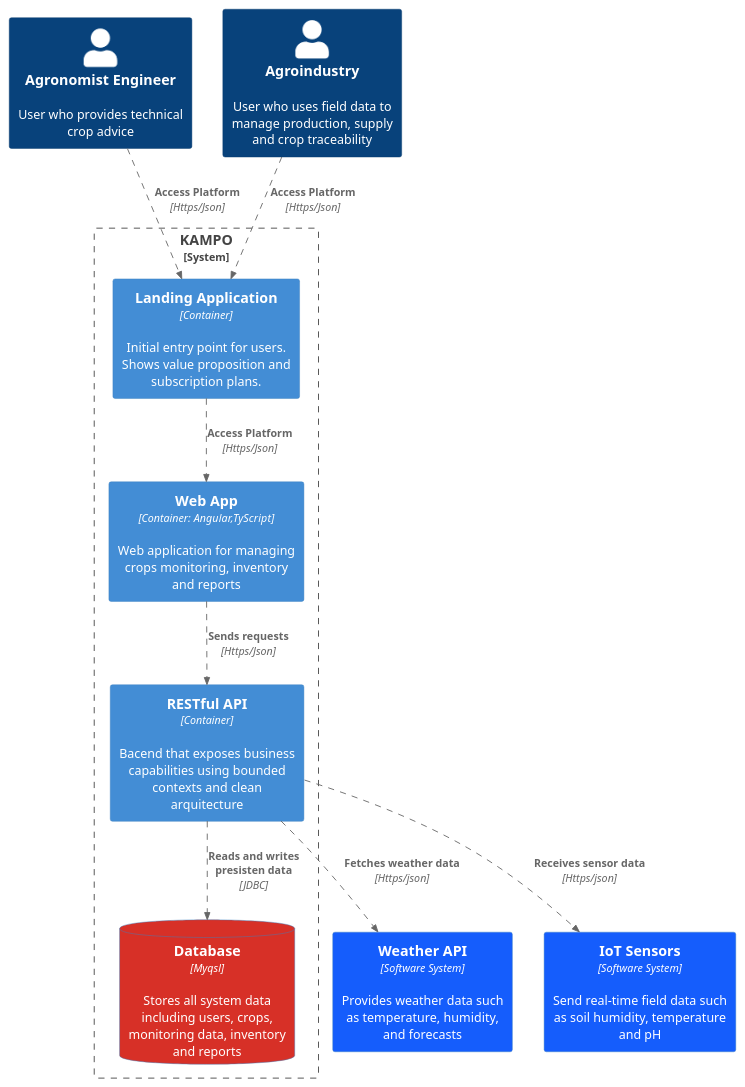
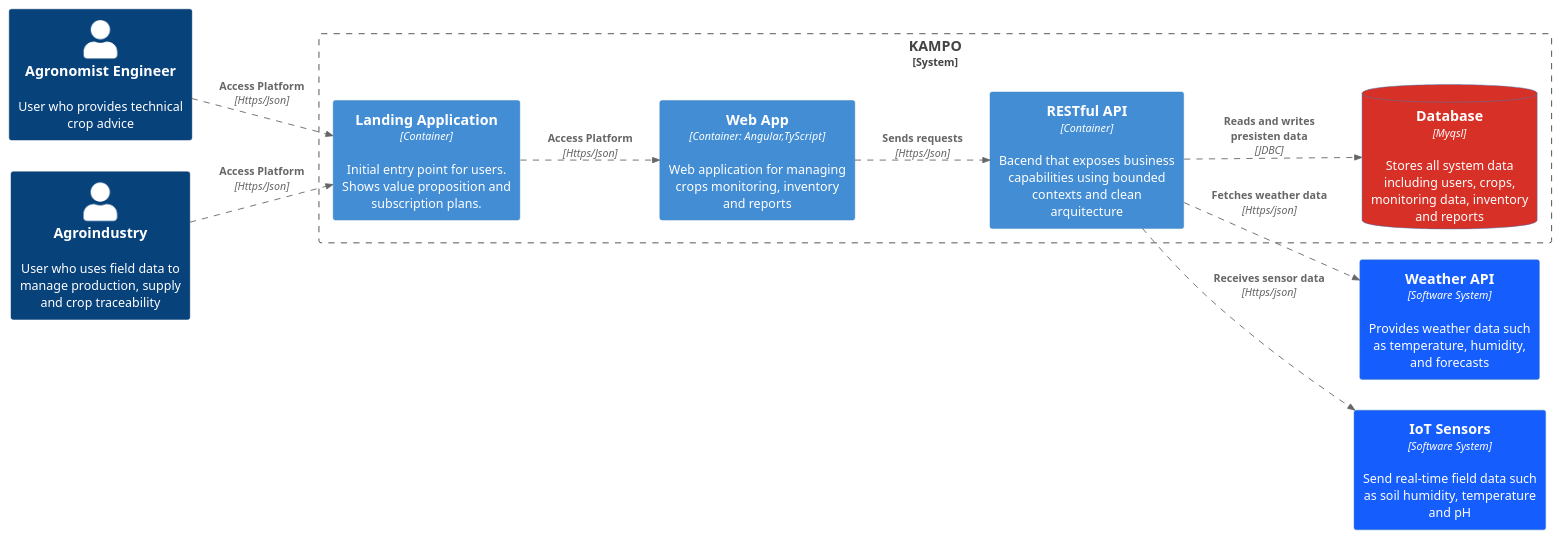
Before and after one commit to upc-pre-202610-1asi0729-11881-greenspot/kampo-report: the diagram in docs/Arquitecture/softwareArquitectureContainerDiagram.puml, drawn with PlantUML. The commit also changed 12 other files, not shown here.

Commit message:
docs: add 3 components diagrams

```diff
--- a/docs/Arquitecture/softwareArquitectureContainerDiagram.puml
+++ b/docs/Arquitecture/softwareArquitectureContainerDiagram.puml
@@ -1,31 +1,30 @@
 @startuml
 !include  https://raw.githubusercontent.com/plantuml-stdlib/C4-PlantUML/master/C4_Container.puml
+LAYOUT_LEFT_RIGHT()
 AddContainerTag("v1.1", $bgColor="#d73027")
 AddContainerTag("v1.2", $bgColor="#155DFC")
 
 AddRelTag("Asincronico",$lineStyle=DashedLine())
 HIDE_STEREOTYPE()
 Person(agronomist, "Agronomist Engineer", "User who provides technical crop advice")
 Person(agroindustry, "Agroindustry", "User who uses field data to manage production, supply and crop traceability")
 
 System_Boundary(c3,"KAMPO"){
 Container(landingPage,"Landing Application","Container","Initial entry point for users. Shows value proposition and subscription plans.")
 Rel(agronomist,landingPage,"Access Platform",Https/Json,$tags="Asincronico")
 Rel(agroindustry,landingPage,"Access Platform",Https/Json,$tags="Asincronico")
 
 Container(containerSPA,"Web App","Container: Angular,TyScript","Web application for managing crops monitoring, inventory and reports")
 Rel(landingPage,containerSPA,"Access Platform",Https/Json,$tags="Asincronico")
 
 Container(restfull,"RESTful API","Container","Bacend that exposes business capabilities using bounded contexts and clean arquitecture")
 Rel(containerSPA,restfull,"Sends requests",Https/Json,$tags="Asincronico")
 
 ContainerDb(db,"Database",Myqsl,"Stores all system data including users, crops, monitoring data, inventory and reports",$tags="v1.1")
 Rel(restfull,db,"Reads and writes presisten data",JDBC,$tags="Asincronico")
 }
 Container(weatherApi,"Weather API", Software System,"Provides weather data such as temperature, humidity, and forecasts",$tags=v1.2)
 Container(IotSensors,"IoT Sensors", Software System,"Send real-time field data such as soil humidity, temperature and pH",$tags=v1.2)
 Rel(restfull,weatherApi,"Fetches weather data",Https/json,$tags="Asincronico")
 Rel(restfull,IotSensors,"Receives sensor data",Https/json,$tags="Asincronico")
-
-
 @enduml
```
